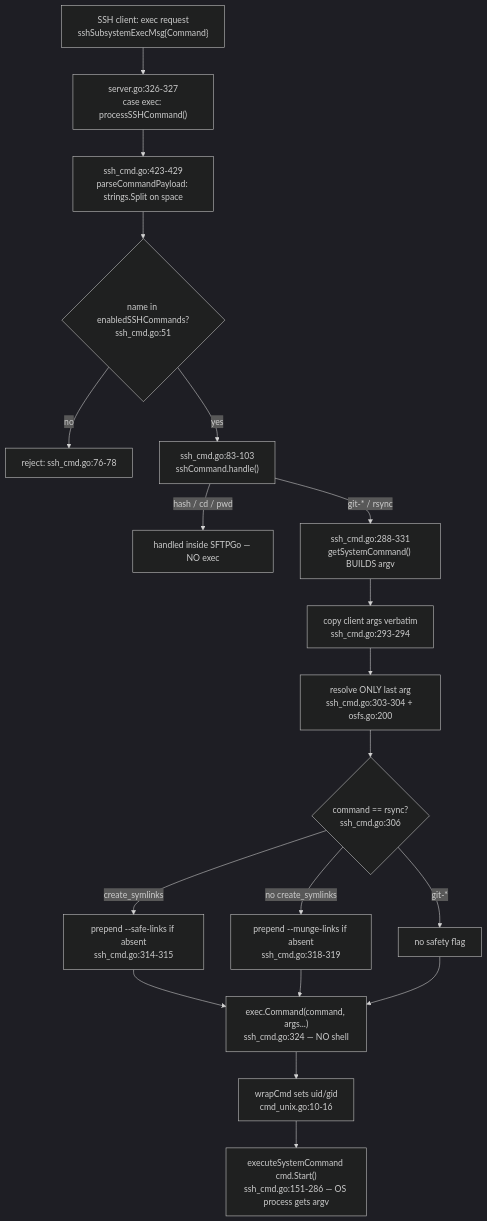
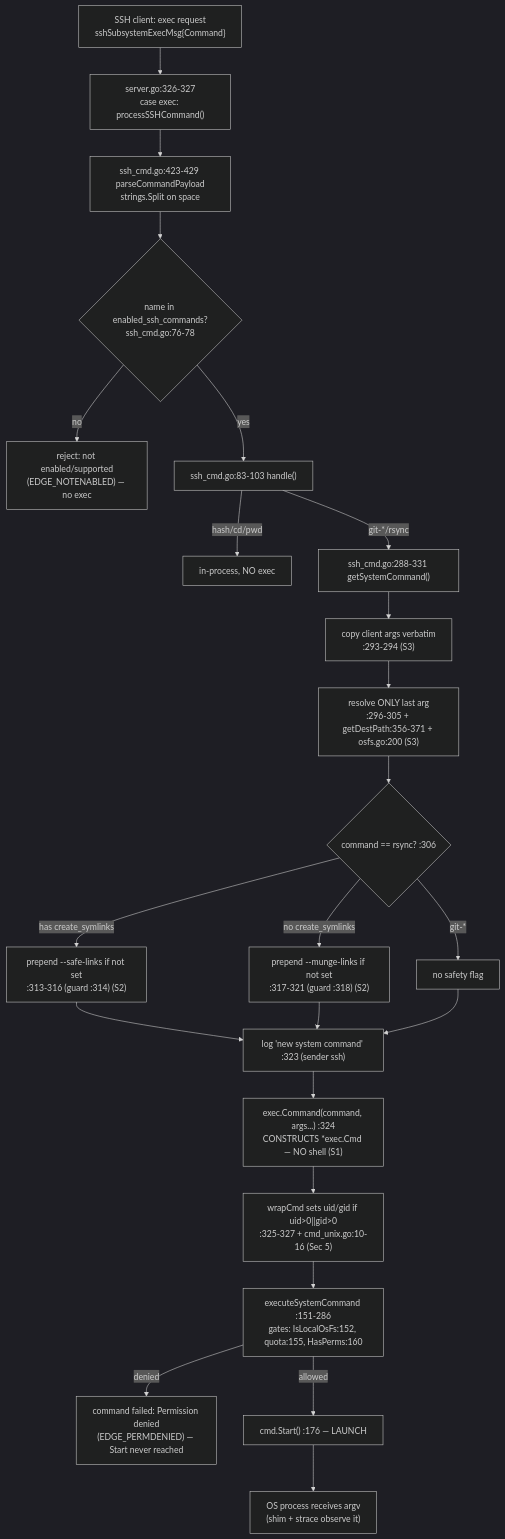
The diagram in blitzy/documentation/sftpgo_44634210287c.md (blitzy-research/sftpgo), drawn with Mermaid (dark theme) before and after one commit. The commit also changed other lines of this file, not shown here.

First line of the commit message:
docs: address code review findings — rewrite SFTPGo SSH exec argv investigation

````diff
--- a/blitzy/documentation/sftpgo_44634210287c.md
+++ b/blitzy/documentation/sftpgo_44634210287c.md
@@ -305,21 +488,25 @@
 ```mermaid
 flowchart TD
     A["SSH client: exec request<br/>sshSubsystemExecMsg{Command}"] --> B["server.go:326-327<br/>case exec: processSSHCommand()"]
-    B --> C["ssh_cmd.go:423-429<br/>parseCommandPayload: strings.Split on space"]
-    C --> D{"name in enabledSSHCommands?<br/>ssh_cmd.go:51"}
-    D -->|no| X["reject: ssh_cmd.go:76-78"]
-    D -->|yes| E["ssh_cmd.go:83-103<br/>sshCommand.handle()"]
-    E -->|hash / cd / pwd| F["handled inside SFTPGo — NO exec"]
-    E -->|git-* / rsync| G["ssh_cmd.go:288-331<br/>getSystemCommand() BUILDS argv"]
-    G --> H["copy client args verbatim<br/>ssh_cmd.go:293-294"]
-    H --> I["resolve ONLY last arg<br/>ssh_cmd.go:303-304 + osfs.go:200"]
-    I --> J{"command == rsync?<br/>ssh_cmd.go:306"}
-    J -->|create_symlinks| K["prepend --safe-links if absent<br/>ssh_cmd.go:314-315"]
-    J -->|no create_symlinks| L["prepend --munge-links if absent<br/>ssh_cmd.go:318-319"]
-    J -->|git-*| M["no safety flag"]
-    K --> N["exec.Command(command, args...)<br/>ssh_cmd.go:324 — NO shell"]
-    L --> N
-    M --> N
-    N --> O["wrapCmd sets uid/gid<br/>cmd_unix.go:10-16"]
-    O --> P["executeSystemCommand cmd.Start()<br/>ssh_cmd.go:151-286 — OS process gets argv"]
+    B --> C["ssh_cmd.go:423-429 parseCommandPayload<br/>strings.Split on space"]
+    C --> D{"name in enabled_ssh_commands?<br/>ssh_cmd.go:76-78"}
+    D -- no --> X["reject: not enabled/supported<br/>(EDGE_NOTENABLED) — no exec"]
+    D -- yes --> E["ssh_cmd.go:83-103 handle()"]
+    E -- hash/cd/pwd --> F["in-process, NO exec"]
+    E -- git-*/rsync --> G["ssh_cmd.go:288-331 getSystemCommand()"]
+    G --> H["copy client args verbatim<br/>:293-294 (S3)"]
+    H --> I["resolve ONLY last arg<br/>:296-305 + getDestPath:356-371 + osfs.go:200 (S3)"]
+    I --> J{"command == rsync? :306"}
+    J -- has create_symlinks --> K["prepend --safe-links if not set<br/>:313-316 (guard :314) (S2)"]
+    J -- no create_symlinks --> L["prepend --munge-links if not set<br/>:317-321 (guard :318) (S2)"]
+    J -- git-* --> M["no safety flag"]
+    K --> LOG["log 'new system command' :323 (sender ssh)"]
+    L --> LOG
+    M --> LOG
+    LOG --> N["exec.Command(command, args...) :324<br/>CONSTRUCTS *exec.Cmd — NO shell (S1)"]
+    N --> O["wrapCmd sets uid/gid if uid>0||gid>0<br/>:325-327 + cmd_unix.go:10-16 (Sec 5)"]
+    O --> P["executeSystemCommand :151-286<br/>gates: IsLocalOsFs:152, quota:155, HasPerms:160"]
+    P -- denied --> Y["command failed: Permission denied<br/>(EDGE_PERMDENIED) — Start never reached"]
+    P -- allowed --> Q["cmd.Start() :176 — LAUNCH"]
+    Q --> R["OS process receives argv<br/>(shim + strace observe it)"]
 ```
````
